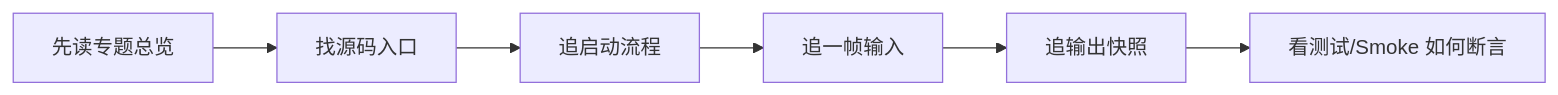
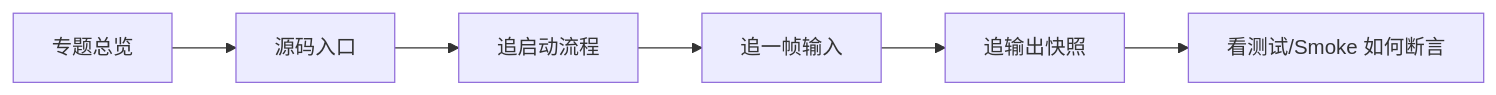
The seventh of 10 diagrams in Docs/design/01-OverviewAndGettingStarted/04-ProjectStructure.md (Kurumioi/AbilityKit), drawn with Mermaid before and after one commit. The commit also changed other lines of this file and 112 other files, not shown here.

````diff
--- a/Docs/design/01-OverviewAndGettingStarted/04-ProjectStructure.md
+++ b/Docs/design/01-OverviewAndGettingStarted/04-ProjectStructure.md
@@ -203,8 +203,8 @@
 ```mermaid
 flowchart LR
-    A[先读专题总览] --> B[找源码入口]
+    A[专题总览] --> B[源码入口]
     B --> C[追启动流程]
     C --> D[追一帧输入]
     D --> E[追输出快照]
     E --> F[看测试/Smoke 如何断言]
 ```
````
